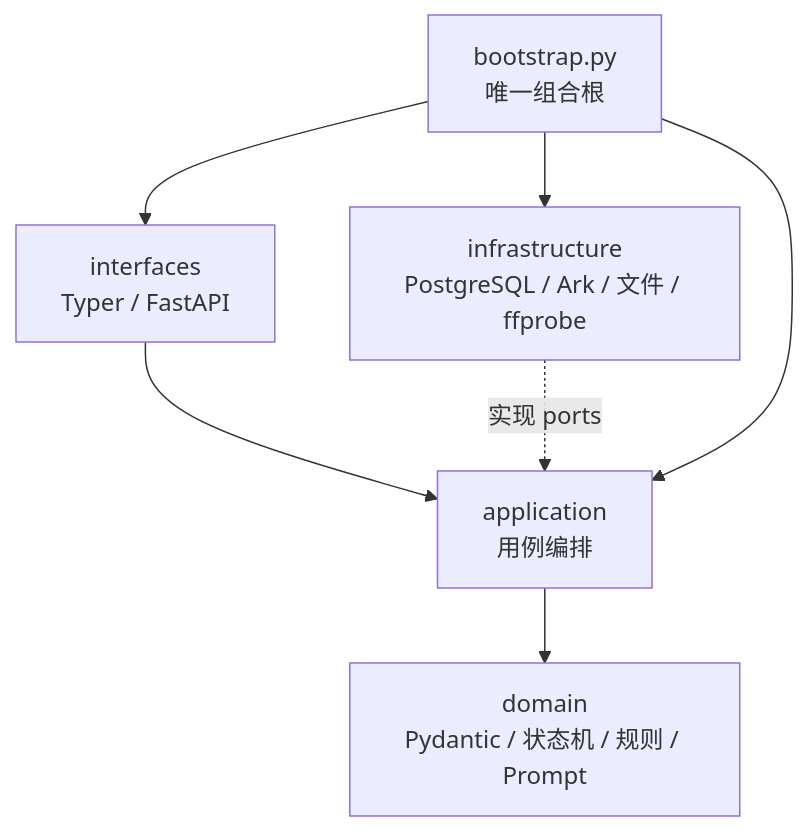
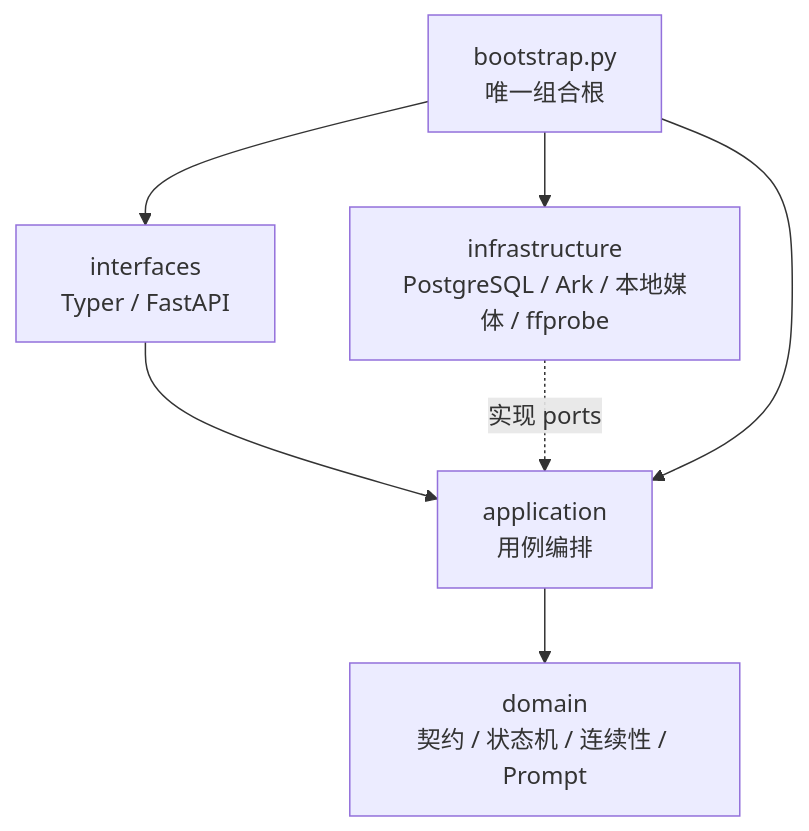
Before and after one commit to ylqit/cat-video-generator: the diagram in docs/architecture/ADR-001-explicit-workflow.md, drawn with Mermaid. The commit also changed other lines of this file and 91 other files, not shown here.

````diff
--- a/docs/architecture/ADR-001-explicit-workflow.md
+++ b/docs/architecture/ADR-001-explicit-workflow.md
@@ -31,9 +22,9 @@
 ```mermaid
 flowchart TB
     I["interfaces<br/>Typer / FastAPI"] --> A["application<br/>用例编排"]
-    A --> D["domain<br/>Pydantic / 状态机 / 规则 / Prompt"]
-    X["infrastructure<br/>PostgreSQL / Ark / 文件 / ffprobe"] -. "实现 ports" .-> A
+    A --> D["domain<br/>契约 / 状态机 / 连续性 / Prompt"]
+    X["infrastructure<br/>PostgreSQL / Ark / 本地媒体 / ffprobe"] -. "实现 ports" .-> A
     B["bootstrap.py<br/>唯一组合根"] --> I
     B --> A
     B --> X
 ```
````
